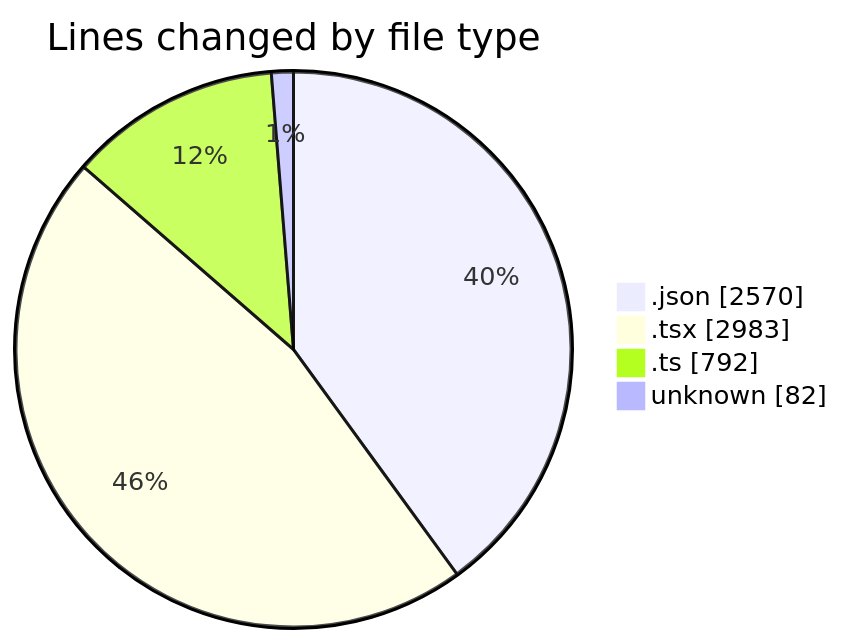
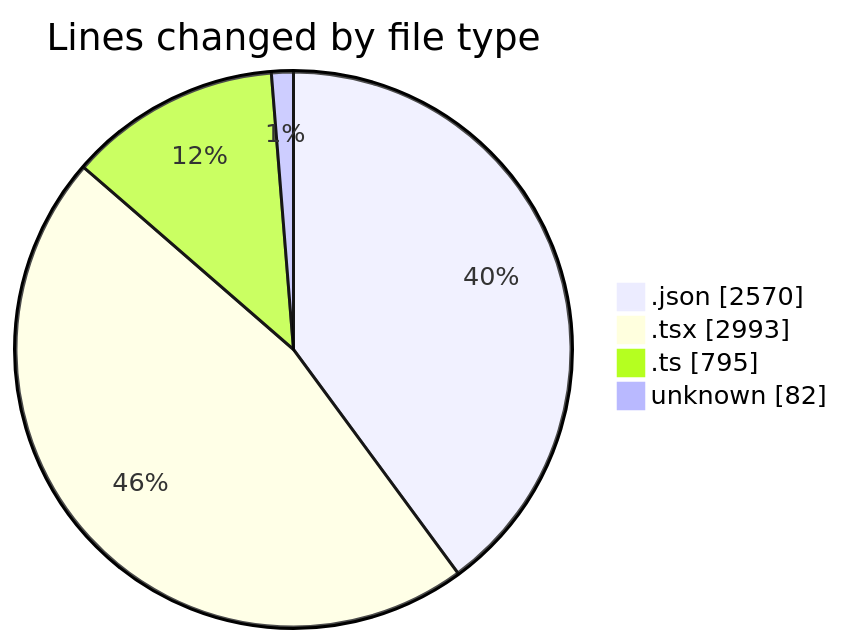
One commit to julien-gomy/code-tracking changed the first of 2 diagrams in 2025-10-29/eventscop-frontend-guide__workspace_/README.md. Above: the diagram before and after it, drawn with Mermaid. The commit also changed other lines of this file and 1 other file, not shown here.

````diff
--- a/2025-10-29/eventscop-frontend-guide__workspace_/README.md
+++ b/2025-10-29/eventscop-frontend-guide__workspace_/README.md
@@ -55,8 +55,8 @@
 ```mermaid
 pie showData
 title Lines changed by file type
 ".json" : 2570
-".tsx" : 2983
-".ts" : 792
+".tsx" : 2993
+".ts" : 795
 "unknown" : 82
 ```
````
